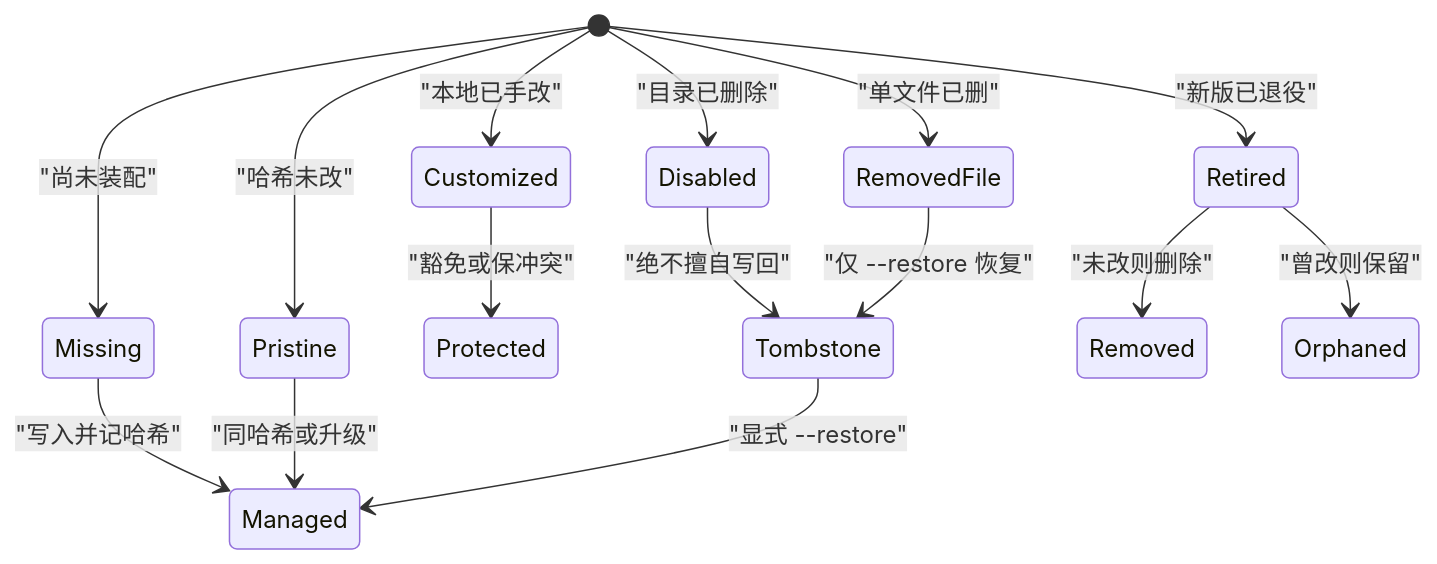
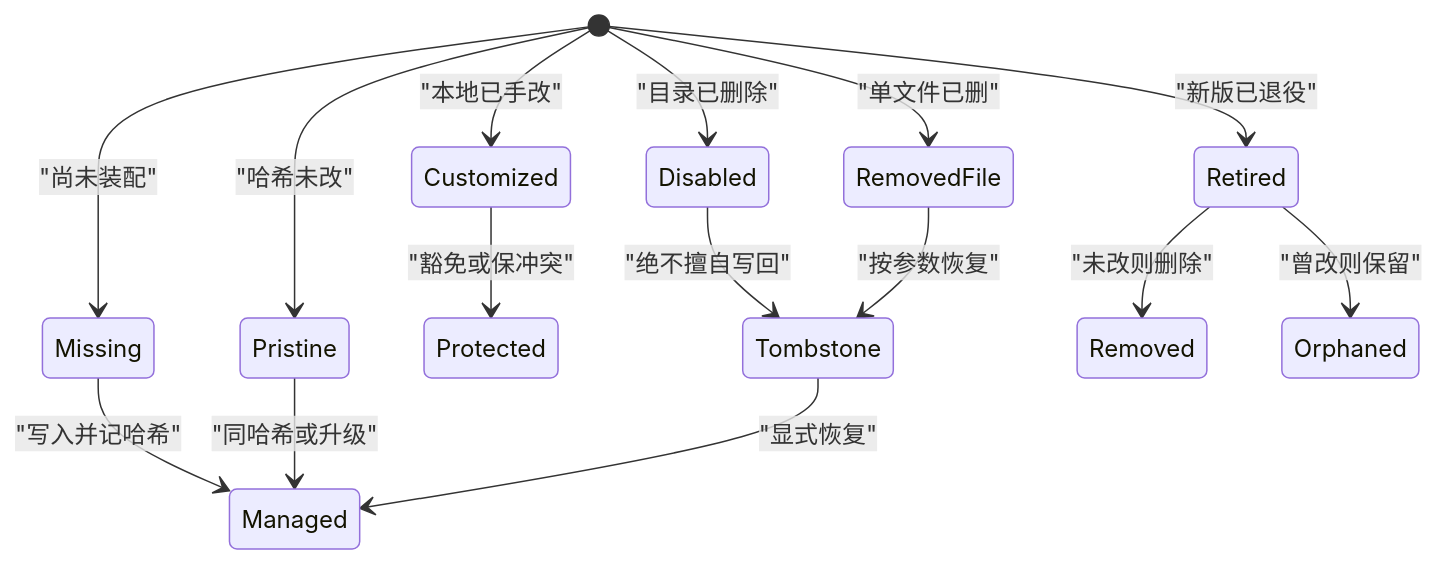
One commit to FiretrUCK666/project-forge changed the third of 5 diagrams in docs/TDD.md. Above: the diagram before and after it, drawn with Mermaid. The commit also changed other lines of this file and 45 other files, not shown here.

````diff
--- a/docs/TDD.md
+++ b/docs/TDD.md
@@ -205,18 +205,18 @@
 ```mermaid
 stateDiagram-v2
   [*] --> Missing: "尚未装配"
   [*] --> Pristine: "哈希未改"
   [*] --> Customized: "本地已手改"
   [*] --> Disabled: "目录已删除"
   [*] --> RemovedFile: "单文件已删"
   [*] --> Retired: "新版已退役"
 
   Missing --> Managed: "写入并记哈希"
   Pristine --> Managed: "同哈希或升级"
   Customized --> Protected: "豁免或保冲突"
   Disabled --> Tombstone: "绝不擅自写回"
-  RemovedFile --> Tombstone: "仅 --restore 恢复"
-  Tombstone --> Managed: "显式 --restore"
+  RemovedFile --> Tombstone: "按参数恢复"
+  Tombstone --> Managed: "显式恢复"
   Retired --> Removed: "未改则删除"
   Retired --> Orphaned: "曾改则保留"
 ```
````
